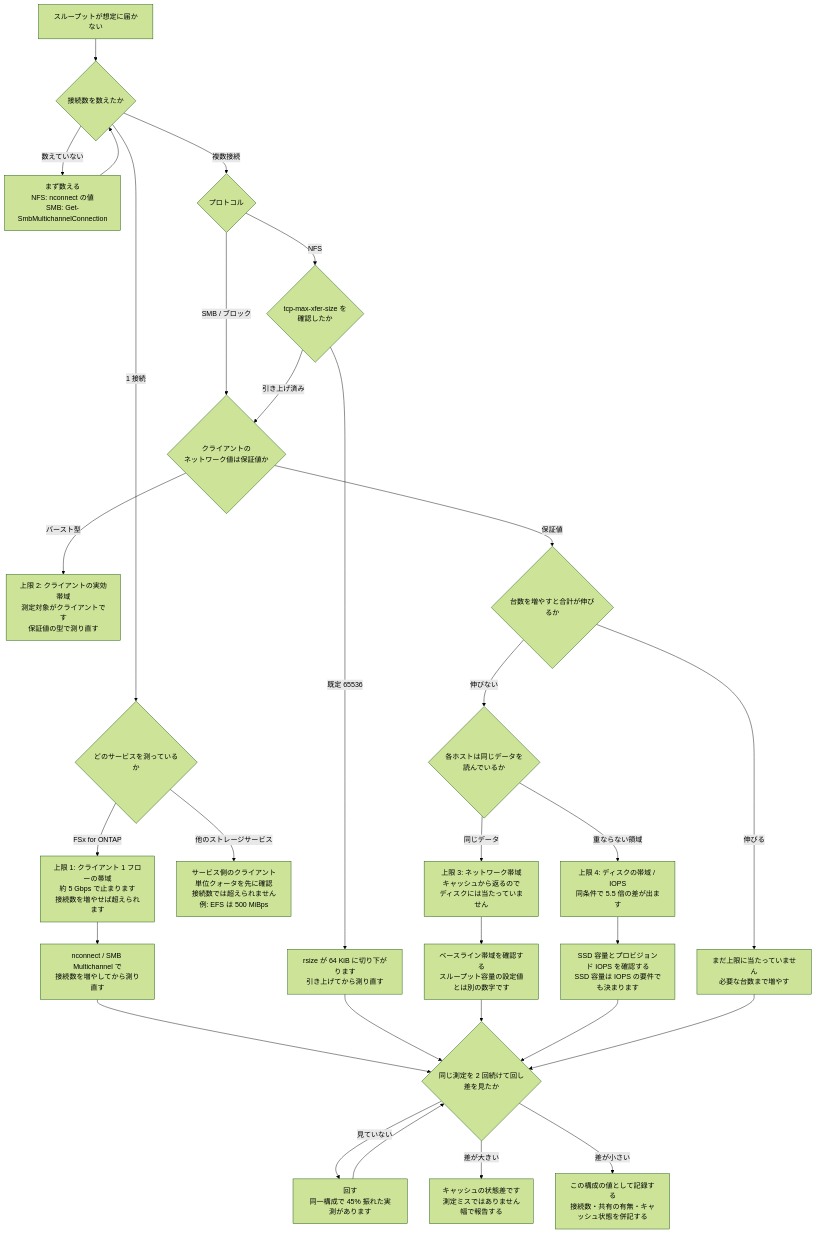
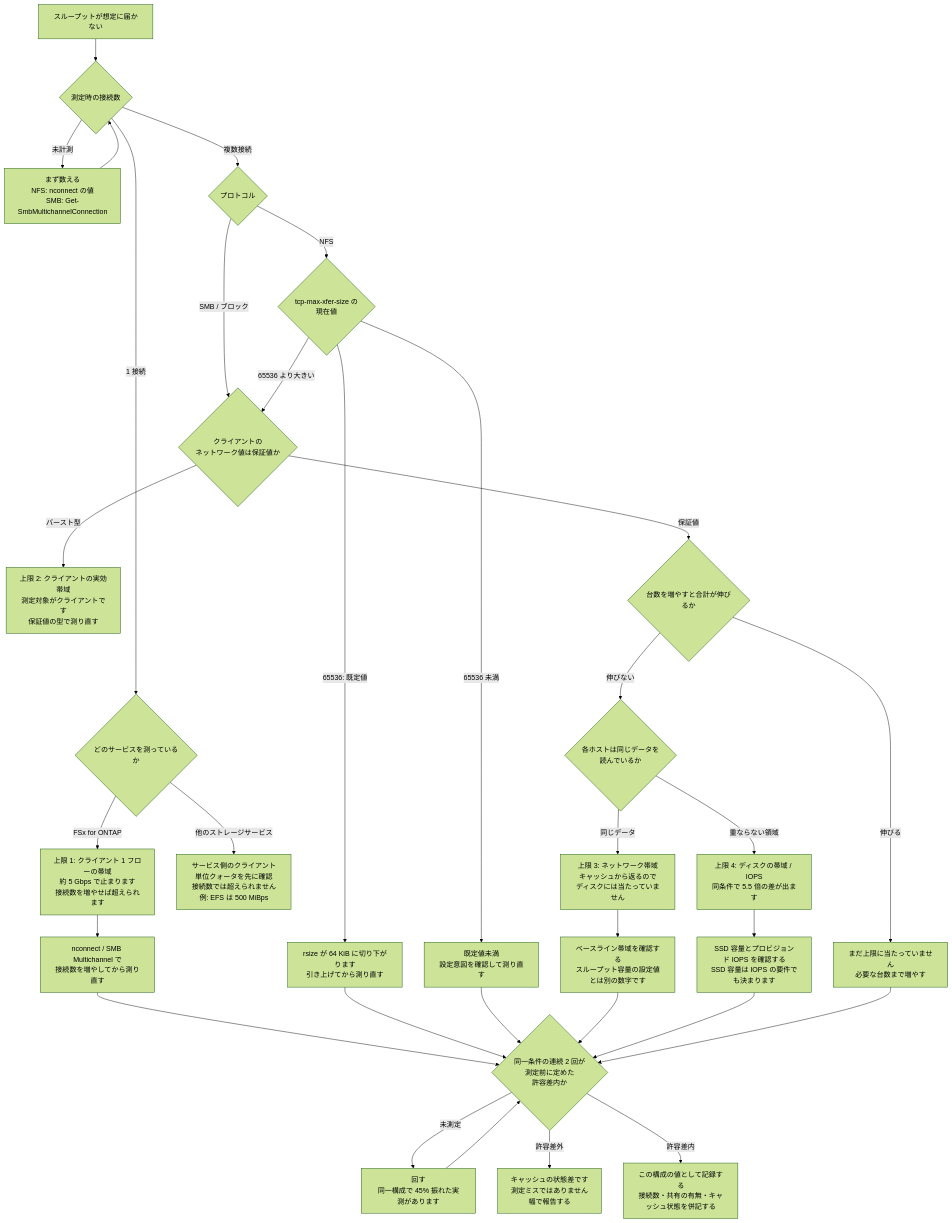
The diagram in docs/ja/reference/decision-trees/measured-throughput-triage.md (Yoshiki0705/FSx-for-ONTAP-Adoption-Playbook), drawn with Mermaid (forest theme) before and after one commit. The commit also changed other lines of this file and 257 other files, not shown here.

````diff
--- a/docs/ja/reference/decision-trees/measured-throughput-triage.md
+++ b/docs/ja/reference/decision-trees/measured-throughput-triage.md
@@ -39,43 +39,45 @@
 ```mermaid
 graph TD
-    START[スループットが想定に届かない] --> CONN{接続数を数えたか}
+    START[スループットが想定に届かない] --> CONN{測定時の接続数}
 
-    CONN -->|数えていない| COUNT["まず数える<br/>NFS: nconnect の値<br/>SMB: Get-SmbMultichannelConnection"]
+    CONN -->|未計測| COUNT["まず数える<br/>NFS: nconnect の値<br/>SMB: Get-SmbMultichannelConnection"]
     COUNT --> CONN
 
     CONN -->|1 接続| WHICH{どのサービスを測っているか}
     WHICH -->|FSx for ONTAP| FLOW["上限 1: クライアント 1 フローの帯域<br/>約 5 Gbps で止まります<br/>接続数を増やせば超えられます"]
     WHICH -->|他のストレージサービス| QUOTA["サービス側のクライアント単位クォータを先に確認<br/>接続数では超えられません<br/>例: EFS は 500 MiBps"]
     FLOW --> RAISE["nconnect / SMB Multichannel で<br/>接続数を増やしてから測り直す"]
 
     CONN -->|複数接続| PROTO{プロトコル}
-    PROTO -->|NFS| XFER{"tcp-max-xfer-size を<br/>確認したか"}
+    PROTO -->|NFS| XFER{"tcp-max-xfer-size の<br/>現在値"}
     PROTO -->|SMB / ブロック| CLIENT
-    XFER -->|既定 65536| DEFAULT["rsize が 64 KiB に切り下がります<br/>引き上げてから測り直す"]
-    XFER -->|引き上げ済み| CLIENT{"クライアントの<br/>ネットワーク値は保証値か"}
+    XFER -->|65536: 既定値| DEFAULT["rsize が 64 KiB に切り下がります<br/>引き上げてから測り直す"]
+    XFER -->|65536 未満| BELOW["既定値未満<br/>設定意図を確認して測り直す"]
+    XFER -->|65536 より大きい| CLIENT{"クライアントの<br/>ネットワーク値は保証値か"}
 
     CLIENT -->|バースト型| BURST["上限 2: クライアントの実効帯域<br/>測定対象がクライアントです<br/>保証値の型で測り直す"]
     CLIENT -->|保証値| HOSTS{台数を増やすと合計が伸びるか}
 
     HOSTS -->|伸びる| MORE["まだ上限に当たっていません<br/>必要な台数まで増やす"]
     HOSTS -->|伸びない| SHARE{"各ホストは同じデータを<br/>読んでいるか"}
 
     SHARE -->|同じデータ| NET["上限 3: ネットワーク帯域<br/>キャッシュから返るので<br/>ディスクには当たっていません"]
     SHARE -->|重ならない領域| DISK["上限 4: ディスクの帯域 / IOPS<br/>同条件で 5.5 倍の差が出ます"]
 
     NET --> NETCHK["ベースライン帯域を確認する<br/>スループット容量の設定値とは別の数字です"]
     DISK --> DISKCHK["SSD 容量とプロビジョンド IOPS を確認する<br/>SSD 容量は IOPS の要件でも決まります"]
 
     RAISE --> TWICE
     DEFAULT --> TWICE
+    BELOW --> TWICE
     NETCHK --> TWICE
     DISKCHK --> TWICE
     MORE --> TWICE
 
-    TWICE{"同じ測定を 2 回続けて回し<br/>差を見たか"}
-    TWICE -->|見ていない| RUN["回す<br/>同一構成で 45% 振れた実測があります"]
-    TWICE -->|差が大きい| CACHE["キャッシュの状態差です<br/>測定ミスではありません<br/>幅で報告する"]
-    TWICE -->|差が小さい| DONE["この構成の値として記録する<br/>接続数・共有の有無・キャッシュ状態を併記する"]
+    TWICE{"同一条件の連続 2 回が<br/>測定前に定めた<br/>許容差内か"}
+    TWICE -->|未測定| RUN["回す<br/>同一構成で 45% 振れた実測があります"]
+    TWICE -->|許容差外| CACHE["キャッシュの状態差です<br/>測定ミスではありません<br/>幅で報告する"]
+    TWICE -->|許容差内| DONE["この構成の値として記録する<br/>接続数・共有の有無・キャッシュ状態を併記する"]
 
     RUN --> TWICE
 ```
````
